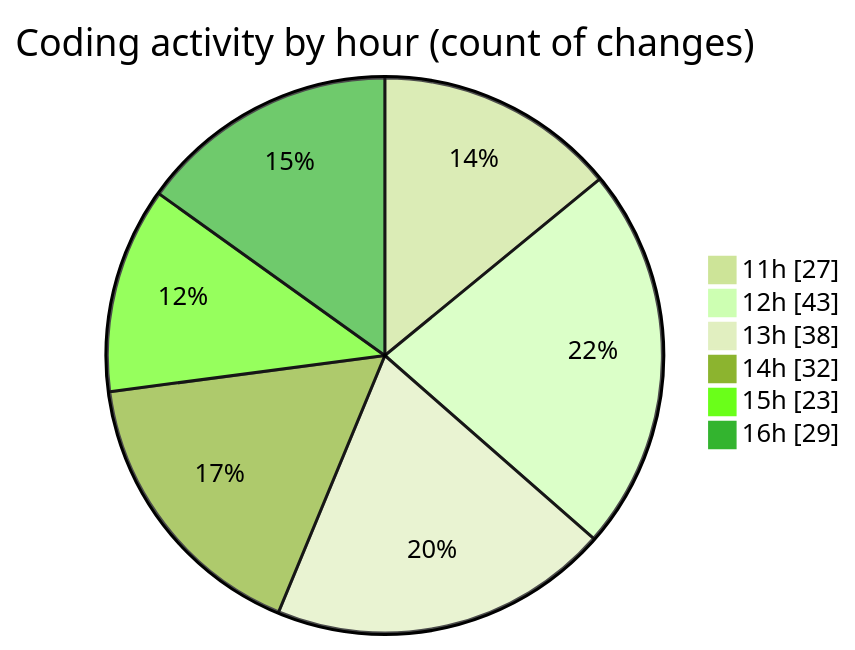
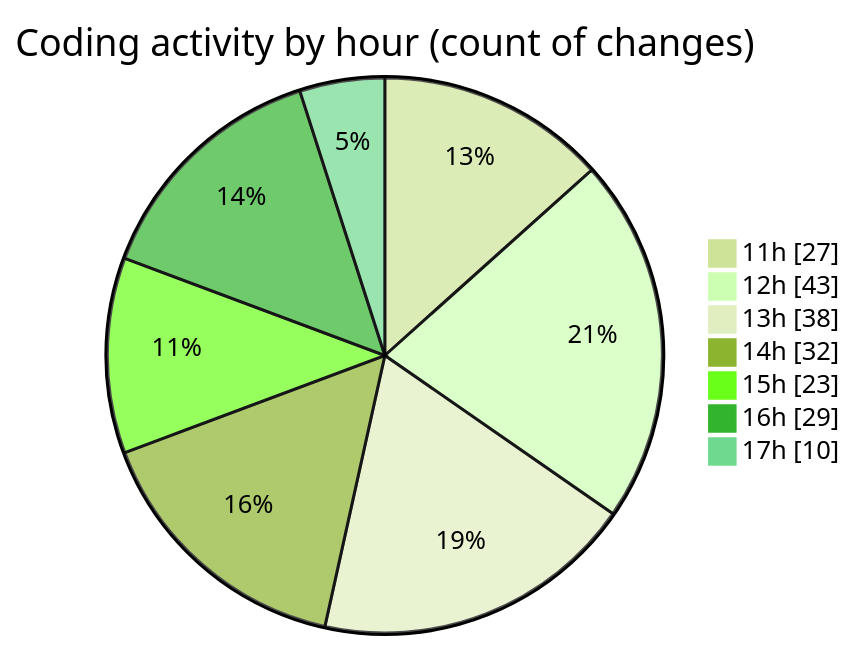
The second of 2 diagrams in 2026-01-05/cda/README.md (momahboobian/code-tracking), drawn with Mermaid (forest theme) before and after one commit. The commit also changed other lines of this file and 1 other file, not shown here.

````diff
--- a/2026-01-05/cda/README.md
+++ b/2026-01-05/cda/README.md
@@ -49,10 +49,11 @@
 ```mermaid
 pie showData
 title Coding activity by hour (count of changes)
 "11h" : 27
 "12h" : 43
 "13h" : 38
 "14h" : 32
 "15h" : 23
 "16h" : 29
+"17h" : 10
 ```
````
